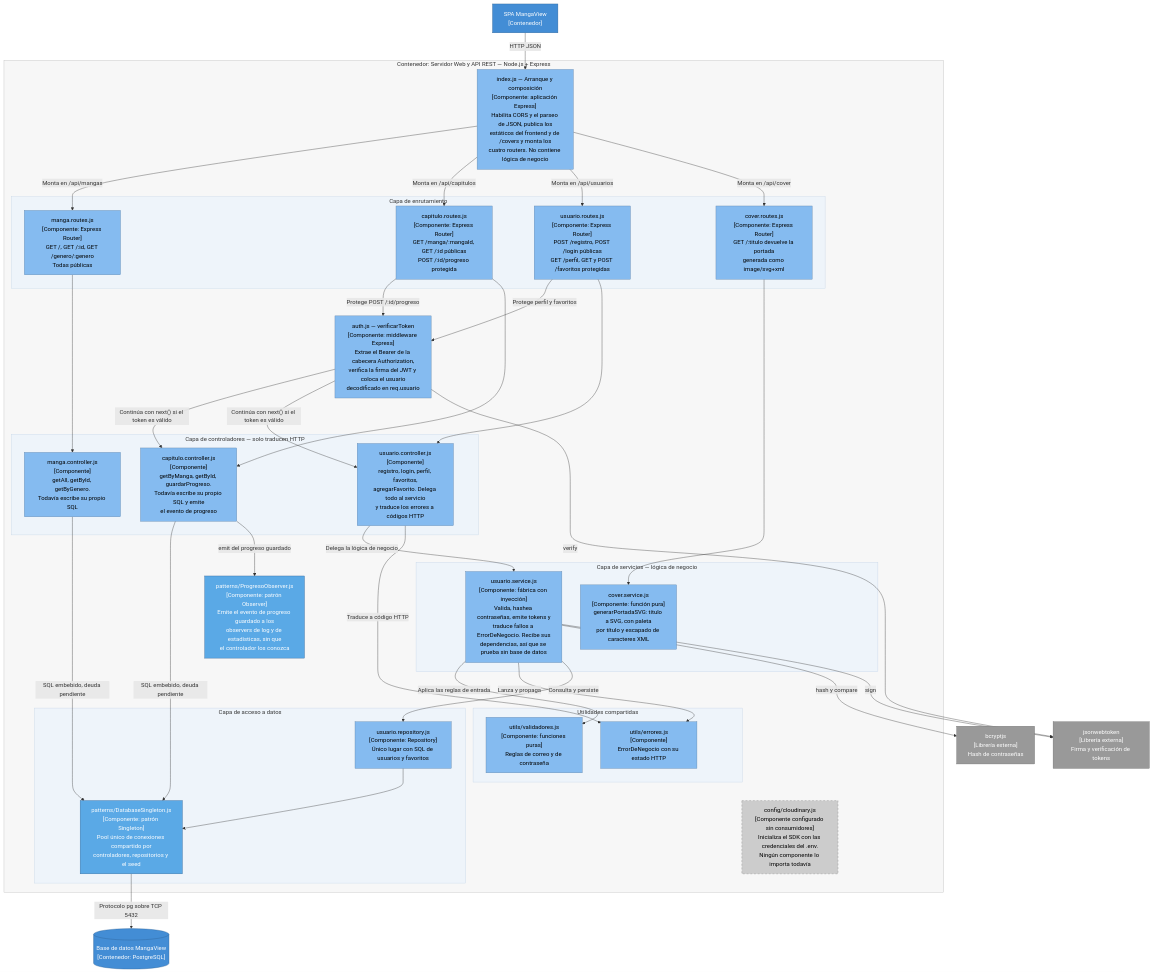
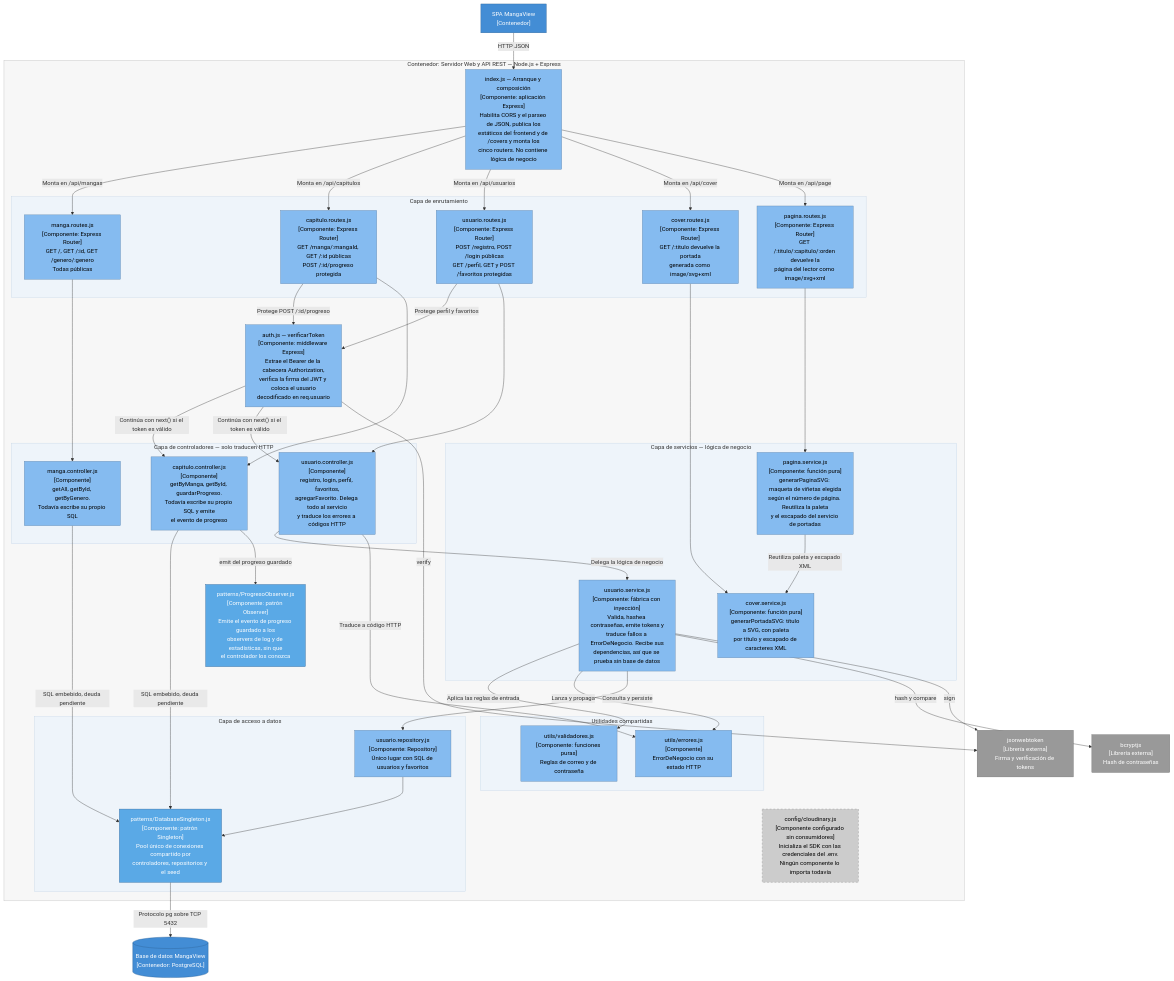
One commit to Robertotec2/MangaView changed the third of 4 diagrams in docs/C4-MangaView.md. Above: the diagram before and after it, drawn with Mermaid. The commit also changed other lines of this file and 4 other files, not shown here.

First line of the commit message:
docs: registrar el ADR-09 y actualizar los diagramas al estado real

```diff
--- a/docs/C4-MangaView.md
+++ b/docs/C4-MangaView.md
@@ -181,13 +181,14 @@
     spa["SPA MangaView<br/>[Contenedor]"]
 
     subgraph apic["Contenedor: Servidor Web y API REST — Node.js + Express"]
-        bootstrap["index.js — Arranque y composición<br/>[Componente: aplicación Express]<br/>Habilita CORS y el parseo de JSON, publica los<br/>estáticos del frontend y de /covers y monta los<br/>cuatro routers. No contiene lógica de negocio"]
+        bootstrap["index.js — Arranque y composición<br/>[Componente: aplicación Express]<br/>Habilita CORS y el parseo de JSON, publica los<br/>estáticos del frontend y de /covers y monta los<br/>cinco routers. No contiene lógica de negocio"]
 
         subgraph capaRutas["Capa de enrutamiento"]
             rMangas["manga.routes.js<br/>[Componente: Express Router]<br/>GET /, GET /:id, GET /genero/:genero<br/>Todas públicas"]
             rCaps["capitulo.routes.js<br/>[Componente: Express Router]<br/>GET /manga/:mangaId, GET /:id públicas<br/>POST /:id/progreso protegida"]
             rUsers["usuario.routes.js<br/>[Componente: Express Router]<br/>POST /registro, POST /login públicas<br/>GET /perfil, GET y POST /favoritos protegidas"]
             rCover["cover.routes.js<br/>[Componente: Express Router]<br/>GET /:titulo devuelve la portada<br/>generada como image/svg+xml"]
+            rPagina["pagina.routes.js<br/>[Componente: Express Router]<br/>GET /:titulo/:capitulo/:orden devuelve la<br/>página del lector como image/svg+xml"]
         end
 
         auth["auth.js — verificarToken<br/>[Componente: middleware Express]<br/>Extrae el Bearer de la cabecera Authorization,<br/>verifica la firma del JWT y coloca el usuario<br/>decodificado en req.usuario"]
@@ -201,6 +202,7 @@
         subgraph capaServicios["Capa de servicios — lógica de negocio"]
             sUser["usuario.service.js<br/>[Componente: fábrica con inyección]<br/>Valida, hashea contraseñas, emite tokens y<br/>traduce fallos a ErrorDeNegocio. Recibe sus<br/>dependencias, así que se prueba sin base de datos"]
             sCover["cover.service.js<br/>[Componente: función pura]<br/>generarPortadaSVG: título a SVG, con paleta<br/>por título y escapado de caracteres XML"]
+            sPagina["pagina.service.js<br/>[Componente: función pura]<br/>generarPaginaSVG: maqueta de viñetas elegida<br/>según el número de página. Reutiliza la paleta<br/>y el escapado del servicio de portadas"]
         end
 
         subgraph capaDatos["Capa de acceso a datos"]
@@ -227,6 +229,7 @@
     bootstrap -->|"Monta en /api/capitulos"| rCaps
     bootstrap -->|"Monta en /api/usuarios"| rUsers
     bootstrap -->|"Monta en /api/cover"| rCover
+    bootstrap -->|"Monta en /api/page"| rPagina
 
     rCaps -->|"Protege POST /:id/progreso"| auth
     rUsers -->|"Protege perfil y favoritos"| auth
@@ -237,6 +240,8 @@
     rCaps --> cCap
     rUsers --> cUser
     rCover --> sCover
+    rPagina --> sPagina
+    sPagina -->|"Reutiliza paleta y escapado XML"| sCover
 
     cUser -->|"Delega la lógica de negocio"| sUser
     sUser -->|"Aplica las reglas de entrada"| validadores
@@ -261,7 +266,7 @@
     classDef externo fill:#999999,stroke:#6b6b6b,color:#ffffff
     classDef inactivo fill:#cccccc,stroke:#8a8a8a,color:#000000,stroke-dasharray: 5 5
     class spa,db contenedor
-    class bootstrap,rMangas,rCaps,rUsers,rCover,auth,cManga,cCap,cUser,sUser,sCover,rUserRepo,validadores,errores componente
+    class bootstrap,rMangas,rCaps,rUsers,rCover,rPagina,auth,cManga,cCap,cUser,sUser,sCover,sPagina,rUserRepo,validadores,errores componente
     class singleton,observer patron
     class cloudcfg inactivo
     class libBcrypt,libJwt externo
```
